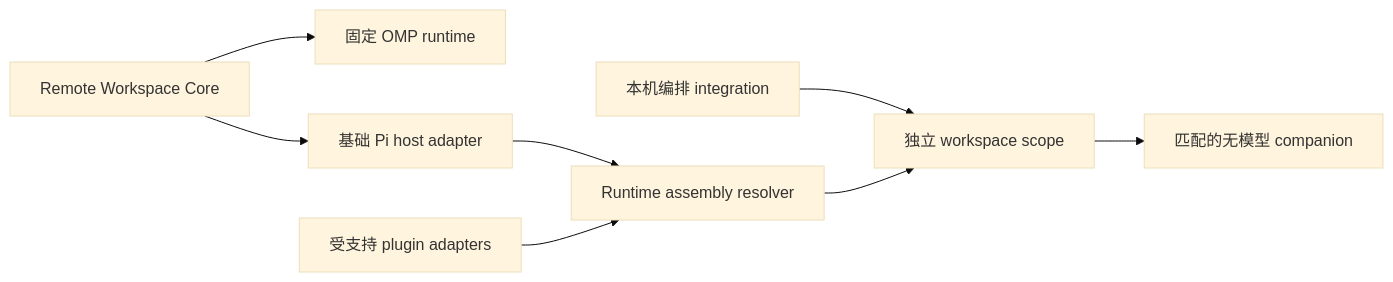
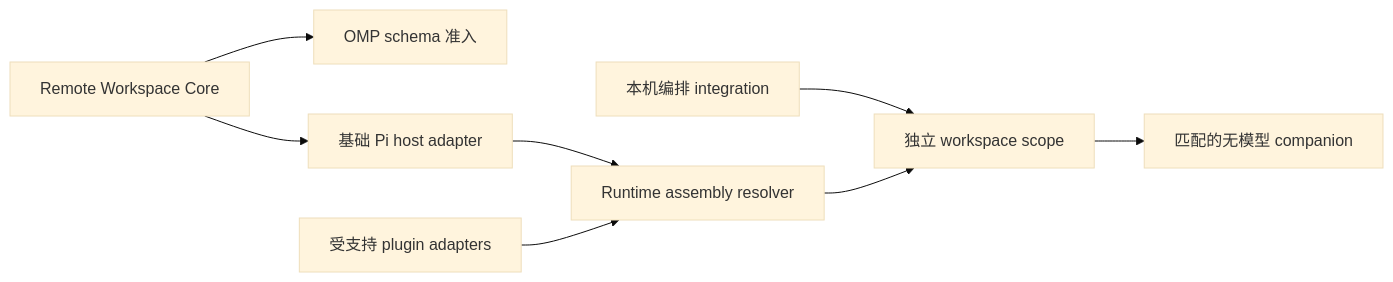
Before and after one commit to fuyao66/omp-ssh-remote: the diagram in README.zh-CN.md, drawn with Mermaid (base theme). The commit also changed other lines of this file and 19 other files, not shown here.

First line of the commit message:
feat(omp): admit remote companions by schema, not version pin

````diff
--- a/README.zh-CN.md
+++ b/README.zh-CN.md
@@ -60,10 +60,10 @@
 ```mermaid
 flowchart LR
-  Core[Remote Workspace Core] --> OMP[固定 OMP runtime]
+  Core[Remote Workspace Core] --> OMP[OMP schema 准入]
   Core --> PiHost[基础 Pi host adapter]
   PiHost --> Resolver[Runtime assembly resolver]
   PluginAdapters[受支持 plugin adapters] --> Resolver
   Integration[本机编排 integration] --> Scope[独立 workspace scope]
   Resolver --> Scope
   Scope --> Companion[匹配的无模型 companion]
 ```
````
